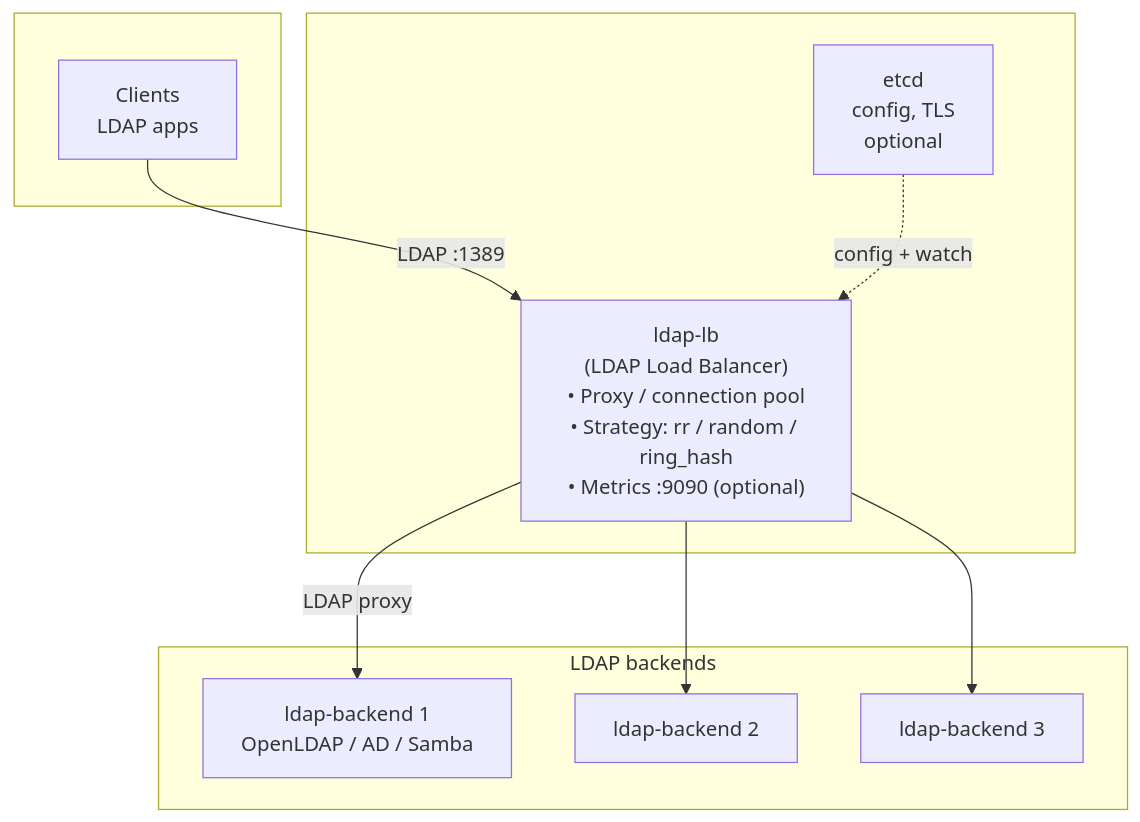
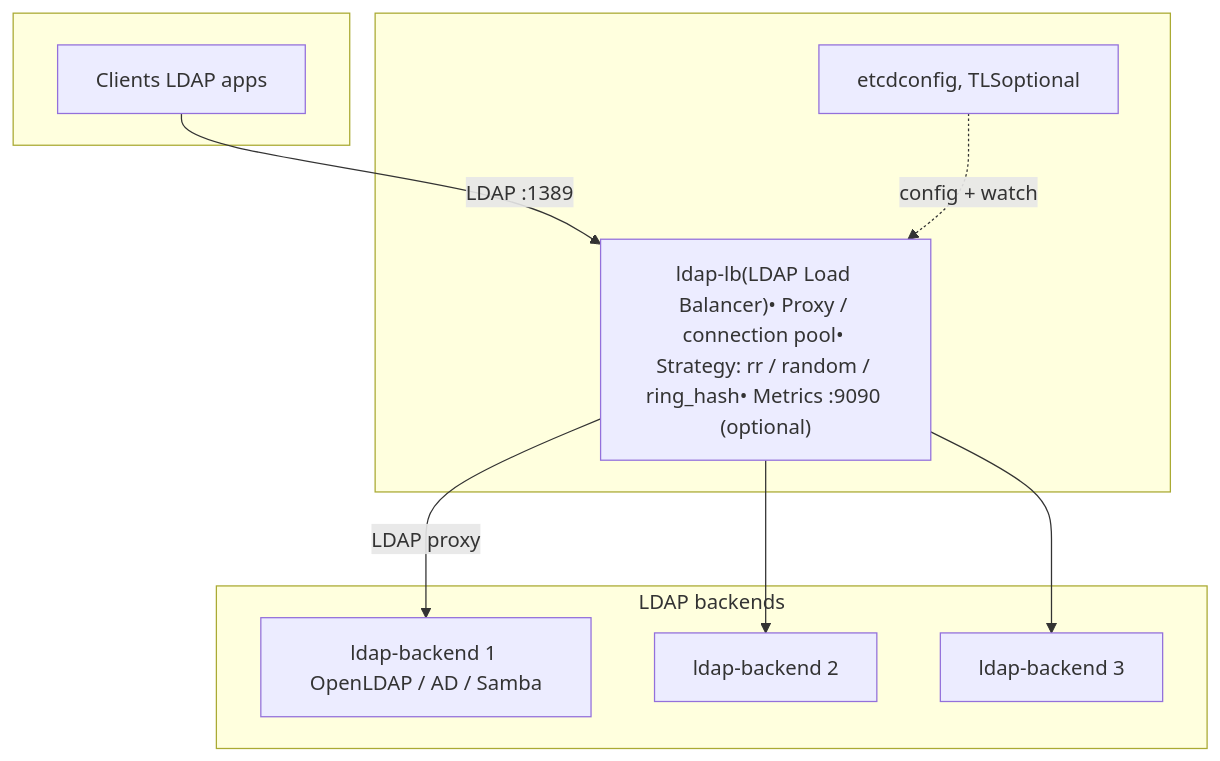
Before and after one commit to chonbash/ldap_load_balancer: the diagram in docs/admin-guide.md, drawn with Mermaid.

````diff
--- a/docs/admin-guide.md
+++ b/docs/admin-guide.md
@@ -11,23 +11,23 @@
 ```mermaid
 flowchart TB
   subgraph clients[" "]
-    C[Clients\nLDAP apps]
+    C[Clients LDAP apps]
   end
 
   subgraph tier1[" "]
-    LB["ldap-lb\n(LDAP Load Balancer)\n• Proxy / connection pool\n• Strategy: rr / random / ring_hash\n• Metrics :9090 (optional)"]
-    E[etcd\nconfig, TLS\noptional]
+    LB["ldap-lb(LDAP Load Balancer)• Proxy / connection pool• Strategy: rr / random / ring_hash• Metrics :9090 (optional)"]
+    E[etcdconfig, TLSoptional]
   end
 
   subgraph backends["LDAP backends"]
-    B1[ldap-backend 1\nOpenLDAP / AD / Samba]
+    B1[ldap-backend 1 OpenLDAP / AD / Samba]
     B2[ldap-backend 2]
     B3[ldap-backend 3]
   end
 
   C -->|"LDAP :1389"| LB
   E -.->|"config + watch"| LB
   LB -->|LDAP proxy| B1
   LB --> B2
   LB --> B3
 ```
````
